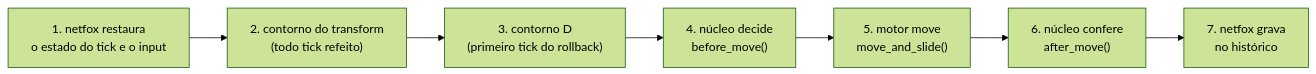
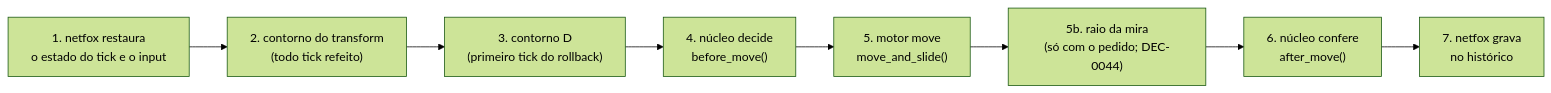
Before and after one commit to Kibryant/jogo-acrobatico: the third of 5 diagrams in docs/arquitetura/visao-geral.md, drawn with Mermaid (forest theme). The commit also changed other lines of this file and 5 other files, not shown here.

````diff
--- a/docs/arquitetura/visao-geral.md
+++ b/docs/arquitetura/visao-geral.md
@@ -103,9 +103,10 @@
 ```mermaid
 flowchart LR
   r["1. netfox restaura<br/>o estado do tick e o input"] --> t["2. contorno do transform<br/>(todo tick refeito)"]
   t --> d["3. contorno D<br/>(primeiro tick do rollback)"]
   d --> b["4. núcleo decide<br/>before_move()"]
   b --> m["5. motor move<br/>move_and_slide()"]
-  m --> a["6. núcleo confere<br/>after_move()"]
+  m --> raio["5b. raio da mira<br/>(só com o pedido; DEC-0044)"]
+  raio --> a["6. núcleo confere<br/>after_move()"]
   a --> g["7. netfox grava<br/>no histórico"]
 ```
````
